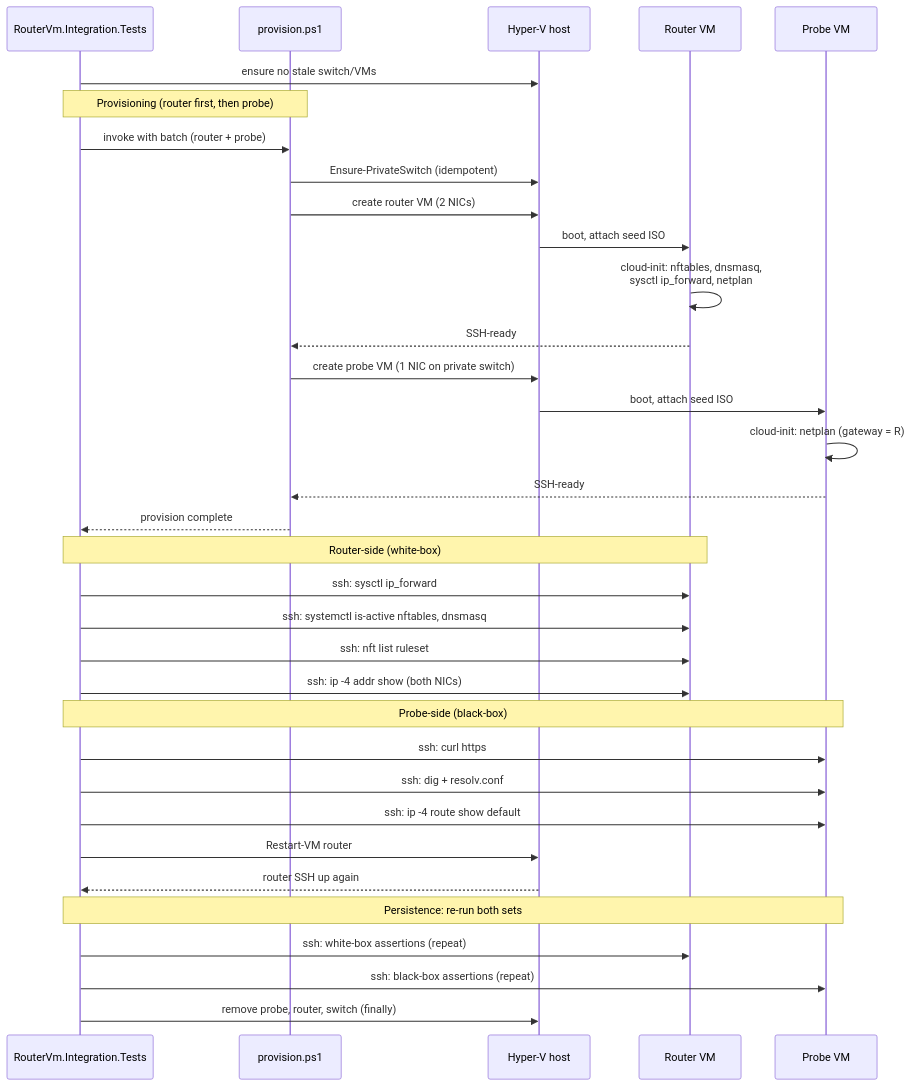
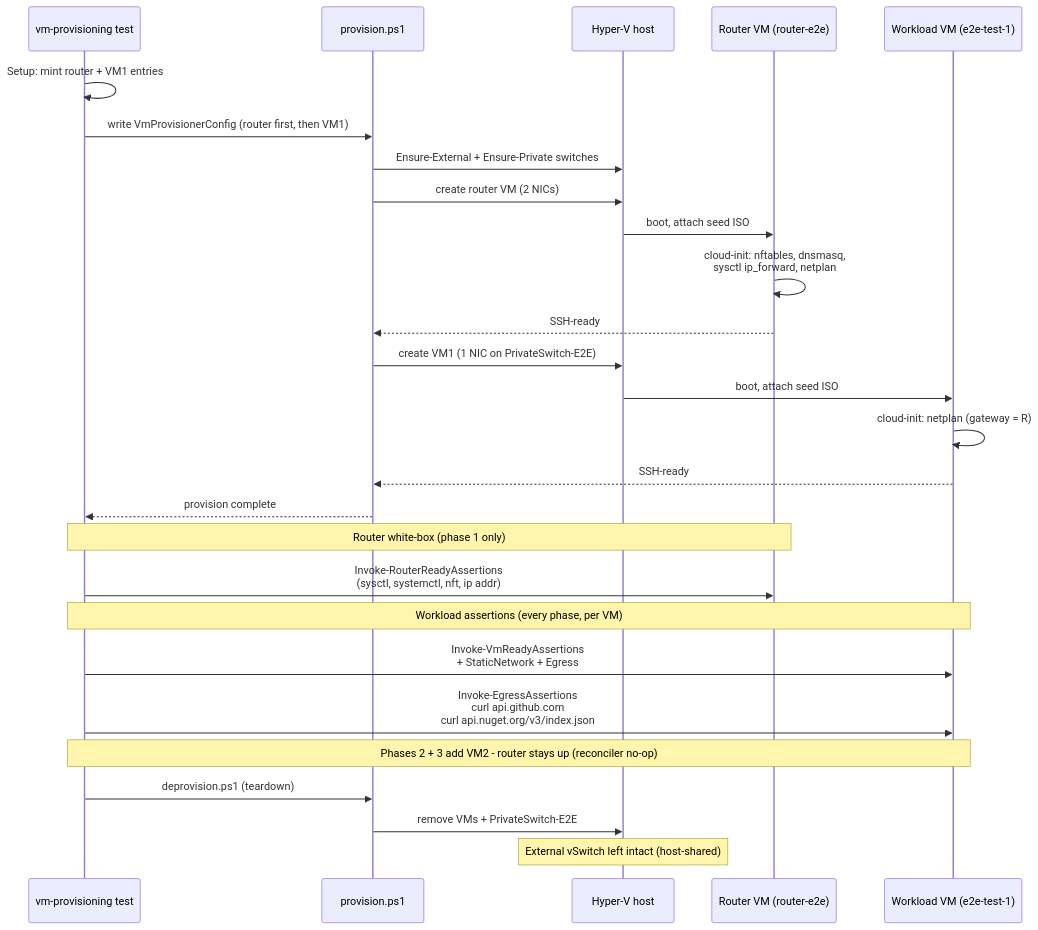
Before and after one commit to Klark-Morrigan/Infrastructure-Vm-Provisioner: the third of 3 diagrams in docs/dev/implementation/53 - nat router vm/plan.md, drawn with Mermaid. The commit also changed other lines of this file, not shown here.

````diff
--- a/docs/dev/implementation/53 - nat router vm/plan.md
+++ b/docs/dev/implementation/53 - nat router vm/plan.md
@@ -356,43 +357,34 @@
 ```mermaid
 sequenceDiagram
-    participant T as RouterVm.Integration.Tests
+    participant T as vm-provisioning test
     participant P as provision.ps1
     participant H as Hyper-V host
-    participant R as Router VM
-    participant Q as Probe VM
+    participant R as Router VM (router-e2e)
+    participant V as Workload VM (e2e-test-1)
 
-    T->>H: ensure no stale switch/VMs
-
-    Note over T,P: Provisioning (router first, then probe)
-    T->>P: invoke with batch (router + probe)
-    P->>H: Ensure-PrivateSwitch (idempotent)
+    T->>T: Setup: mint router + VM1 entries
+    T->>P: write VmProvisionerConfig (router first, then VM1)
+    P->>H: Ensure-External + Ensure-Private switches
     P->>H: create router VM (2 NICs)
     H->>R: boot, attach seed ISO
     R->>R: cloud-init: nftables, dnsmasq,<br/>sysctl ip_forward, netplan
     R-->>P: SSH-ready
-    P->>H: create probe VM (1 NIC on private switch)
-    H->>Q: boot, attach seed ISO
-    Q->>Q: cloud-init: netplan (gateway = R)
-    Q-->>P: SSH-ready
+    P->>H: create VM1 (1 NIC on PrivateSwitch-E2E)
+    H->>V: boot, attach seed ISO
+    V->>V: cloud-init: netplan (gateway = R)
+    V-->>P: SSH-ready
     P-->>T: provision complete
 
-    Note over T,R: Router-side (white-box)
-    T->>R: ssh: sysctl ip_forward
-    T->>R: ssh: systemctl is-active nftables, dnsmasq
-    T->>R: ssh: nft list ruleset
-    T->>R: ssh: ip -4 addr show (both NICs)
+    Note over T,R: Router white-box (phase 1 only)
+    T->>R: Invoke-RouterReadyAssertions<br/>(sysctl, systemctl, nft, ip addr)
 
-    Note over T,Q: Probe-side (black-box)
-    T->>Q: ssh: curl https
-    T->>Q: ssh: dig + resolv.conf
-    T->>Q: ssh: ip -4 route show default
+    Note over T,V: Workload assertions (every phase, per VM)
+    T->>V: Invoke-VmReadyAssertions<br/>+ StaticNetwork + Egress
+    T->>V: Invoke-EgressAssertions<br/>curl api.github.com<br/>curl api.nuget.org/v3/index.json
 
-    T->>H: Restart-VM router
-    H-->>T: router SSH up again
+    Note over T,V: Phases 2 + 3 add VM2 - router stays up (reconciler no-op)
 
-    Note over T,Q: Persistence: re-run both sets
-    T->>R: ssh: white-box assertions (repeat)
-    T->>Q: ssh: black-box assertions (repeat)
-
-    T->>H: remove probe, router, switch (finally)
+    T->>P: deprovision.ps1 (teardown)
+    P->>H: remove VMs + PrivateSwitch-E2E
+    Note over H: External vSwitch left intact (host-shared)
 ```
````
